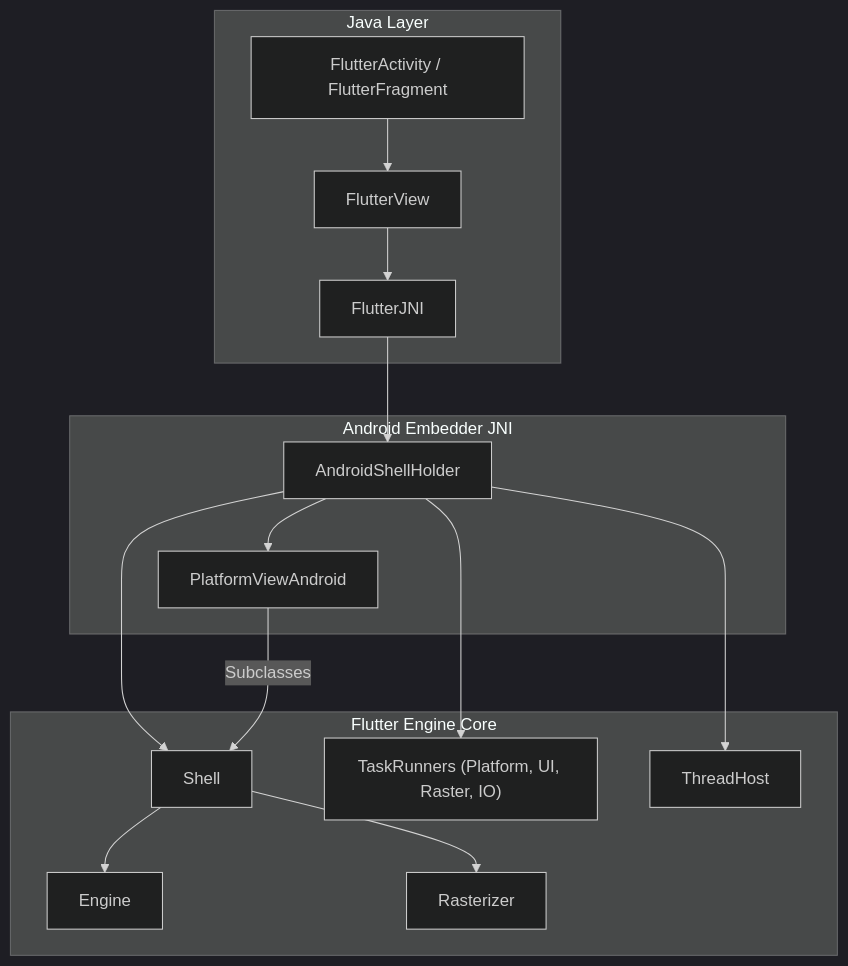
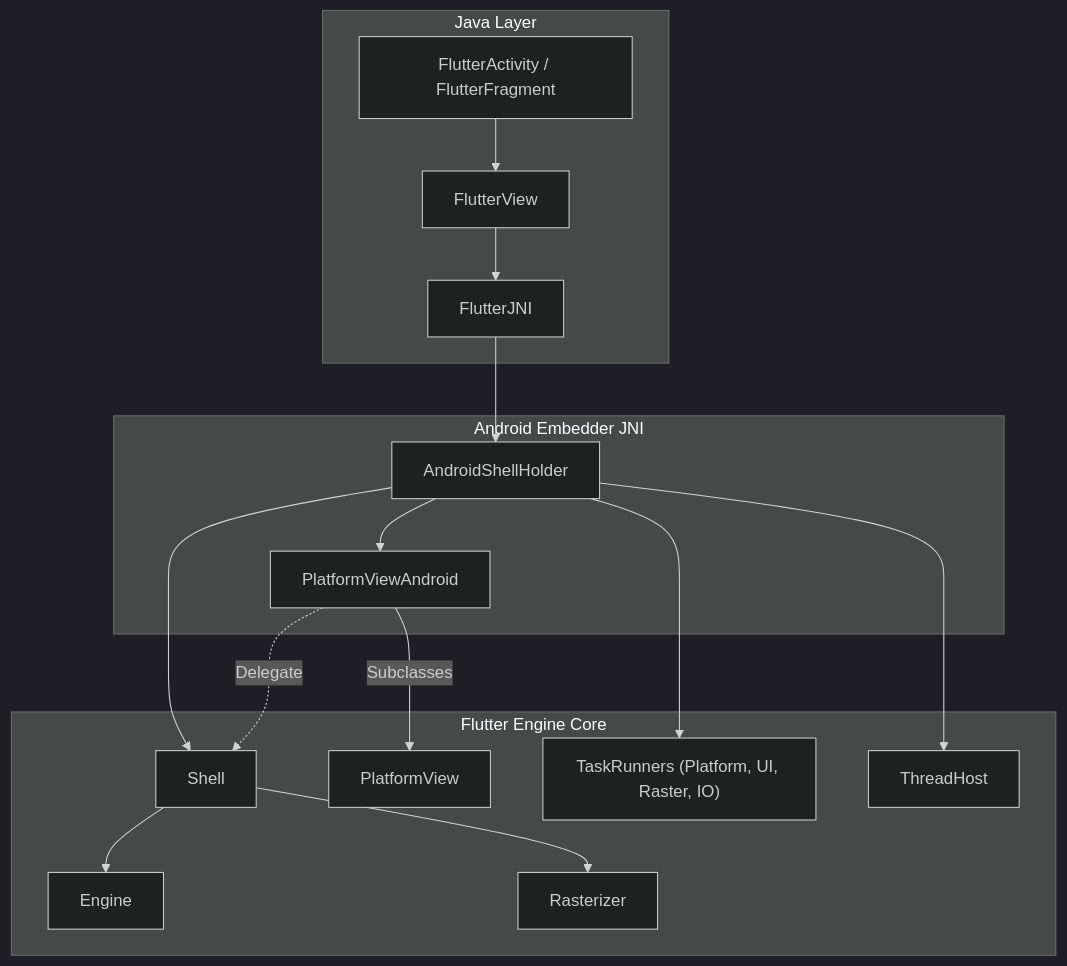
One commit to mboetger/rfc changed the first of 7 diagrams in rfc/410.0000-flutter-android-embedder-c-api-migration.md. Above: the diagram before and after it, drawn with Mermaid (dark theme). The commit also changed other lines of this file, not shown here.

Commit message:
docs(rfc): link production architecture actions to pinned source implementation

````diff
--- a/rfc/410.0000-flutter-android-embedder-c-api-migration.md
+++ b/rfc/410.0000-flutter-android-embedder-c-api-migration.md
@@ -73,32 +73,34 @@
 ```mermaid
 flowchart TD
     subgraph Java Layer
         Activity["FlutterActivity / FlutterFragment"]
         FlutterView["FlutterView"]
         FlutterJNI["FlutterJNI"]
     end
 
     subgraph Android Embedder JNI
         AndroidShellHolder["AndroidShellHolder"]
         PlatformViewAndroid["PlatformViewAndroid"]
     end
 
     subgraph Flutter Engine Core
         Shell["Shell"]
+        PlatformView["PlatformView"]
         TaskRunners["TaskRunners (Platform, UI, Raster, IO)"]
         ThreadHost["ThreadHost"]
         Engine["Engine"]
         Rasterizer["Rasterizer"]
     end
 
     Activity --> FlutterView
     FlutterView --> FlutterJNI
     FlutterJNI --> AndroidShellHolder
     AndroidShellHolder --> PlatformViewAndroid
     AndroidShellHolder --> Shell
     AndroidShellHolder --> ThreadHost
     AndroidShellHolder --> TaskRunners
-    PlatformViewAndroid -- Subclasses --> Shell
+    PlatformViewAndroid -- Subclasses --> PlatformView
+    PlatformViewAndroid -. Delegate .-> Shell
     Shell --> Engine
     Shell --> Rasterizer
 ```
````
